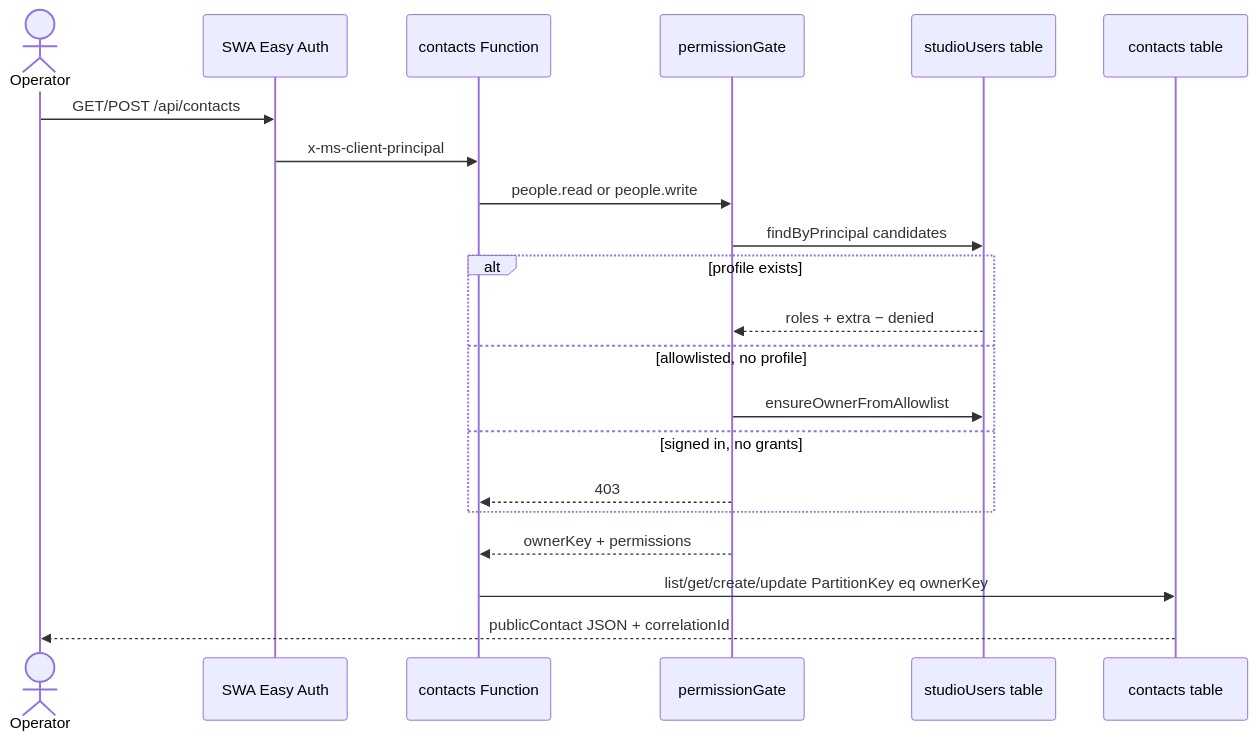
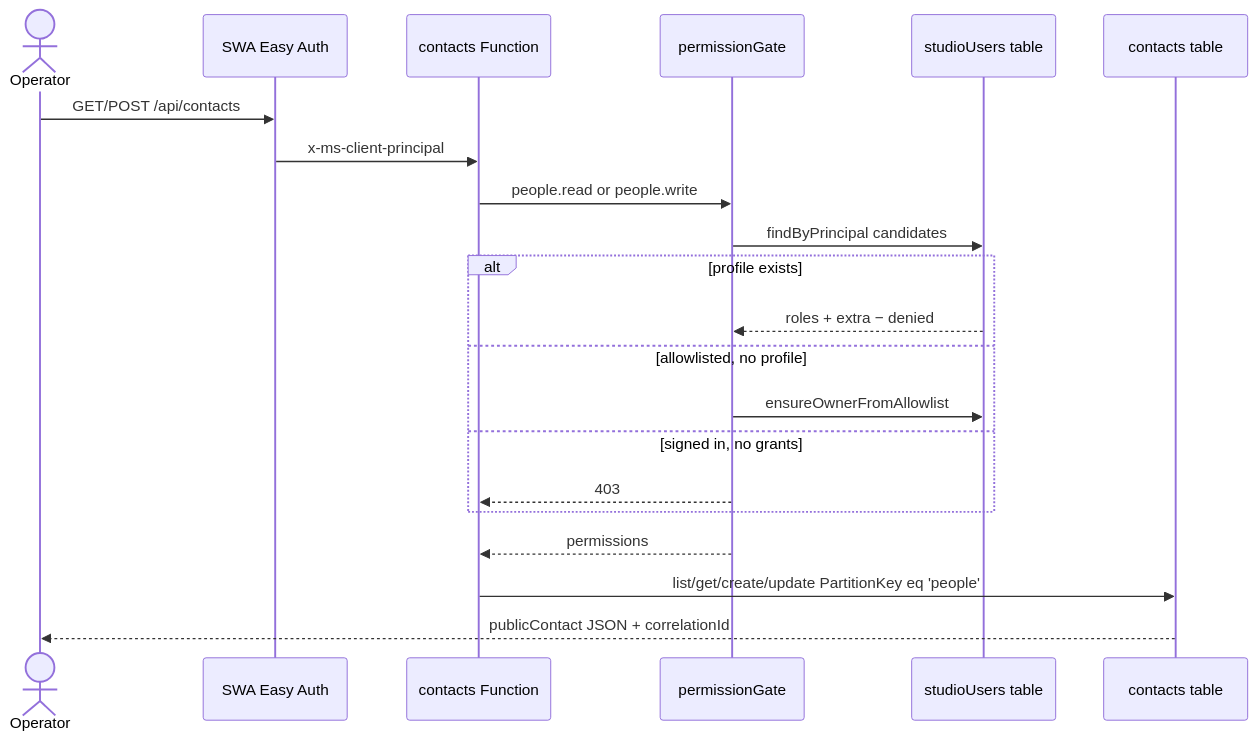
Before and after one commit to jefftindall/broadway-portfolio: the third of 7 diagrams in docs/architecture/data-persistence.md, drawn with Mermaid. The commit also changed other lines of this file and 20 other files, not shown here.

First line of the commit message:
STUDIO-P1-001: Use a constant People partition instead of CRM owner (#110)

````diff
--- a/docs/architecture/data-persistence.md
+++ b/docs/architecture/data-persistence.md
@@ -217,24 +207,24 @@
 ```mermaid
 sequenceDiagram
   actor Operator
   participant SWA as SWA Easy Auth
   participant API as contacts Function
   participant Gate as permissionGate
   participant Users as studioUsers table
   participant CRM as contacts table
 
   Operator->>SWA: GET/POST /api/contacts
   SWA->>API: x-ms-client-principal
   API->>Gate: people.read or people.write
   Gate->>Users: findByPrincipal candidates
   alt profile exists
     Users-->>Gate: roles + extra − denied
   else allowlisted, no profile
     Gate->>Users: ensureOwnerFromAllowlist
   else signed in, no grants
     Gate-->>API: 403
   end
-  Gate-->>API: ownerKey + permissions
-  API->>CRM: list/get/create/update PartitionKey eq ownerKey
+  Gate-->>API: permissions
+  API->>CRM: list/get/create/update PartitionKey eq 'people'
   CRM-->>Operator: publicContact JSON + correlationId
 ```
````
